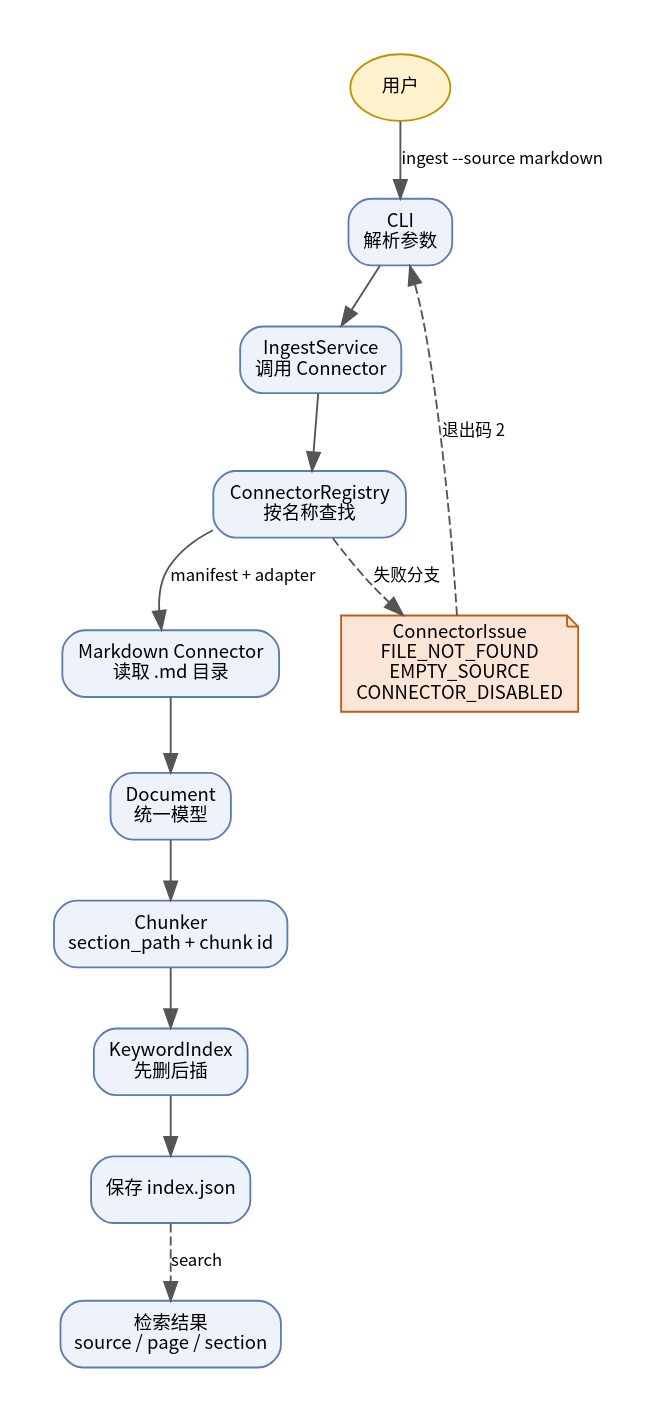
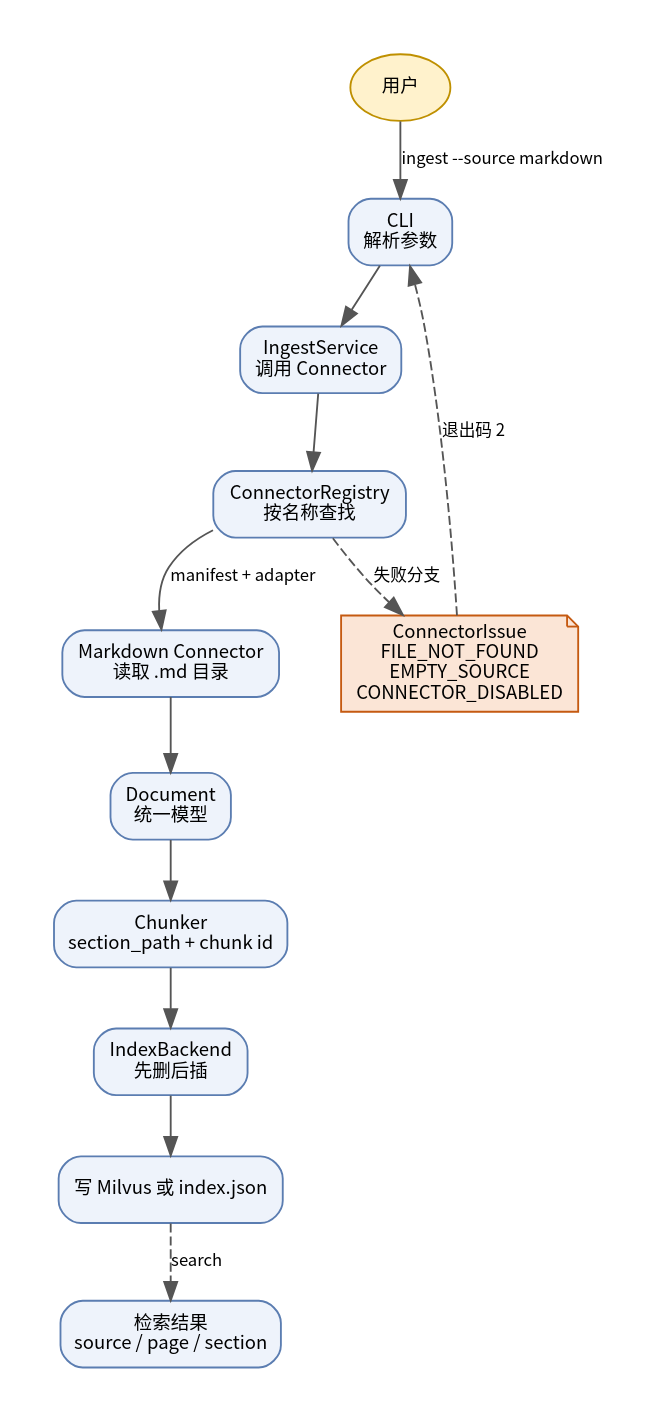
Before and after one commit to H-wonder/RAG_multidocs: the diagram in project/docs/diagrams/flow.dot, drawn with Graphviz. The commit also changed 25 other files, not shown here.

```diff
--- a/project/docs/diagrams/flow.dot
+++ b/project/docs/diagrams/flow.dot
@@ -1,33 +1,33 @@
 digraph flow {
   rankdir=TB;
   graph [fontname="Noto Sans CJK SC", fontsize=11, pad=0.3, nodesep=0.35, ranksep=0.45];
   node [shape=box, style="rounded,filled", fontname="Noto Sans CJK SC", fontsize=10,
         fillcolor="#eef3fb", color="#5b7db1"];
   edge [fontname="Noto Sans CJK SC", fontsize=9, color="#555555"];
 
   u [label="用户", shape=oval, fillcolor="#fff2cc", color="#bf9000"];
   cli [label="CLI\n解析参数"];
   svc [label="IngestService\n调用 Connector"];
   reg [label="ConnectorRegistry\n按名称查找"];
   conn [label="Markdown Connector\n读取 .md 目录"];
   doc [label="Document\n统一模型"];
   ch [label="Chunker\nsection_path + chunk id"];
-  ix [label="KeywordIndex\n先删后插"];
-  save [label="保存 index.json"];
+  ix [label="IndexBackend\n先删后插"];
+  save [label="写 Milvus 或 index.json"];
   out [label="检索结果\nsource / page / section"];
 
   u -> cli [label="ingest --source markdown"];
   cli -> svc;
   svc -> reg;
   reg -> conn [label="manifest + adapter"];
   conn -> doc;
   doc -> ch;
   ch -> ix;
   ix -> save;
   save -> out [style=dashed, label="search"];
 
   err [label="ConnectorIssue\nFILE_NOT_FOUND\nEMPTY_SOURCE\nCONNECTOR_DISABLED", shape=note,
        fillcolor="#fbe5d6", color="#c55a11"];
   reg -> err [style=dashed, label="失败分支"];
   err -> cli [style=dashed, label="退出码 2"];
 }
```
